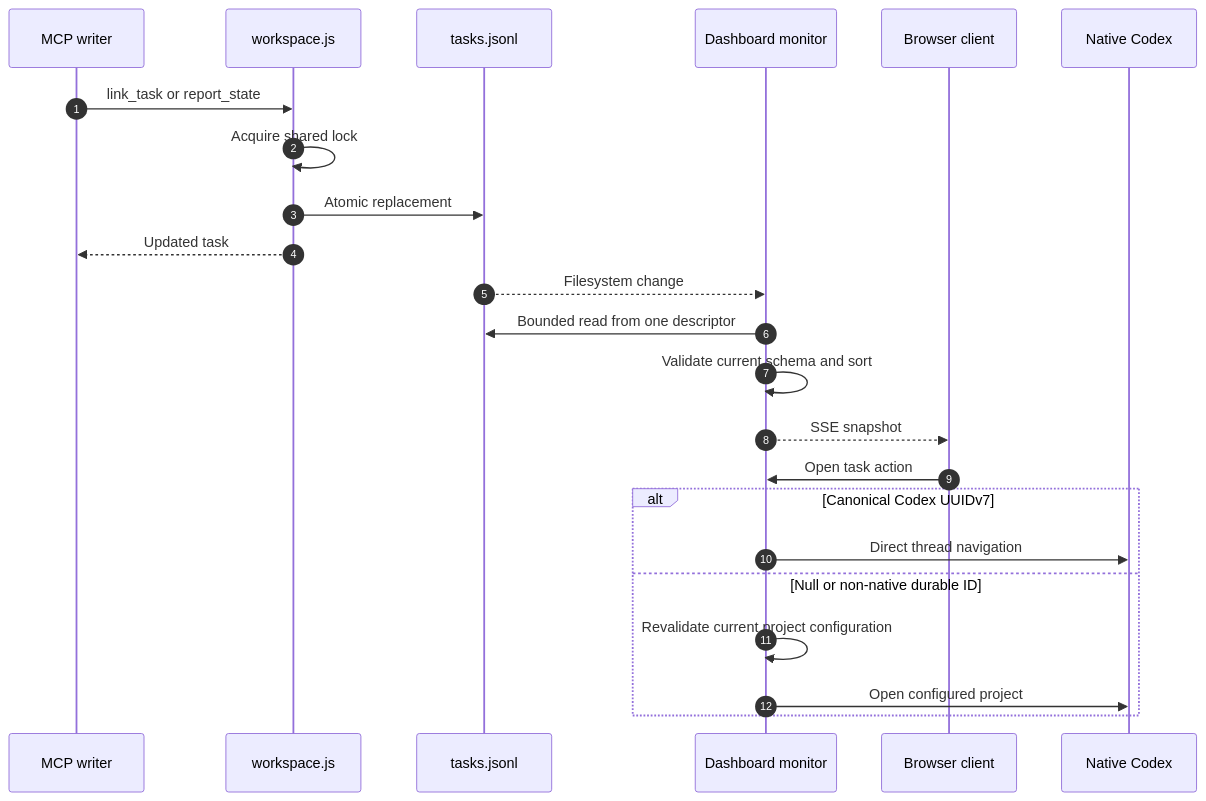
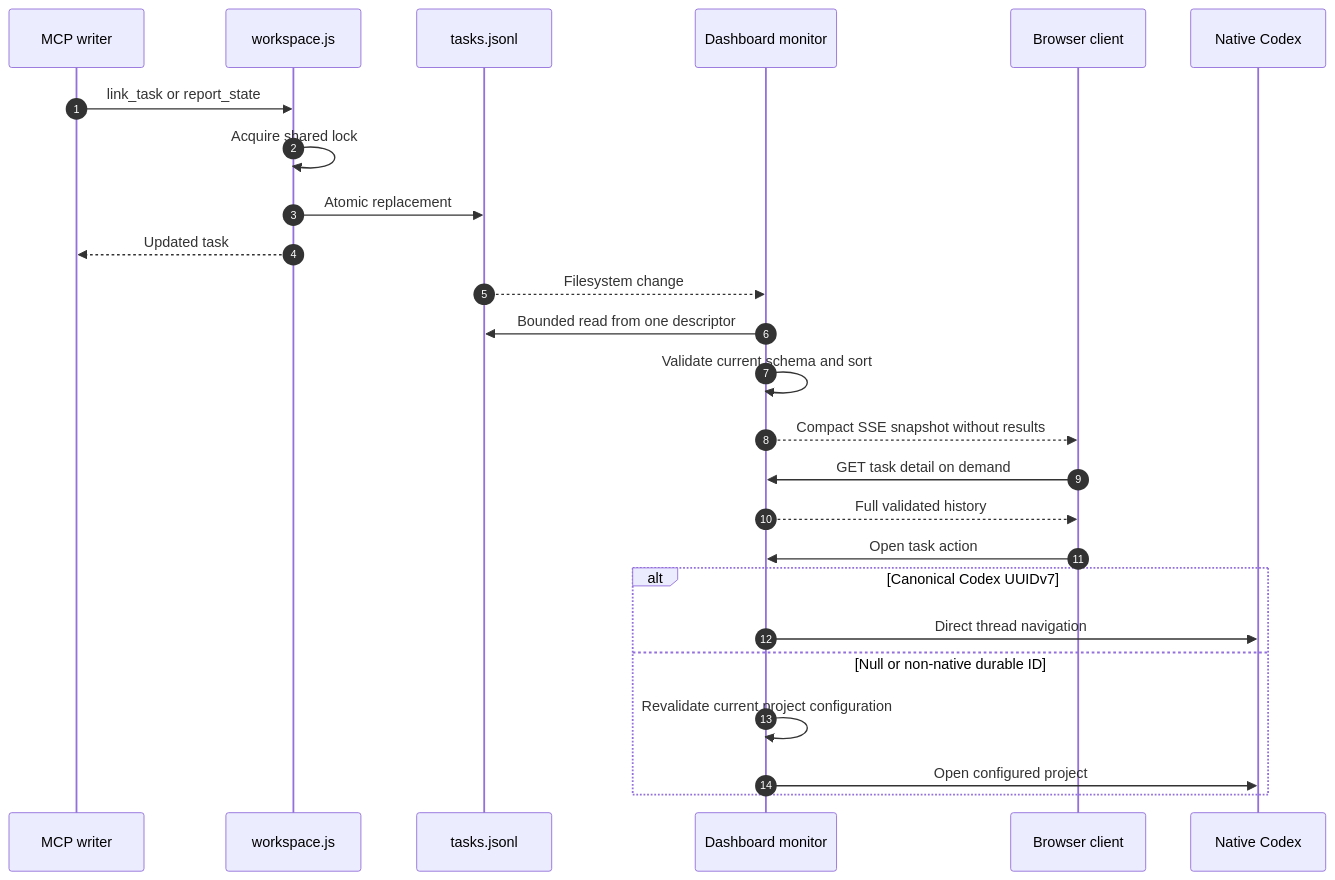
The seventh of 7 diagrams in docs/workflows.md (favoyang/taskchef), drawn with Mermaid before and after one commit. The commit also changed other lines of this file and 15 other files, not shown here.

Commit message:
feat: preserve TaskChef result history

````diff
--- a/docs/workflows.md
+++ b/docs/workflows.md
@@ -250,25 +250,27 @@
 ```mermaid
 sequenceDiagram
   autonumber
   participant M as MCP writer
   participant W as workspace.js
   participant F as tasks.jsonl
   participant D as Dashboard monitor
   participant B as Browser client
   participant C as Native Codex
   M->>W: link_task or report_state
   W->>W: Acquire shared lock
   W->>F: Atomic replacement
   W-->>M: Updated task
   F-->>D: Filesystem change
   D->>F: Bounded read from one descriptor
   D->>D: Validate current schema and sort
-  D-->>B: SSE snapshot
+  D-->>B: Compact SSE snapshot without results
+  B->>D: GET task detail on demand
+  D-->>B: Full validated history
   B->>D: Open task action
   alt Canonical Codex UUIDv7
     D->>C: Direct thread navigation
   else Null or non-native durable ID
     D->>D: Revalidate current project configuration
     D->>C: Open configured project
   end
 ```
````
